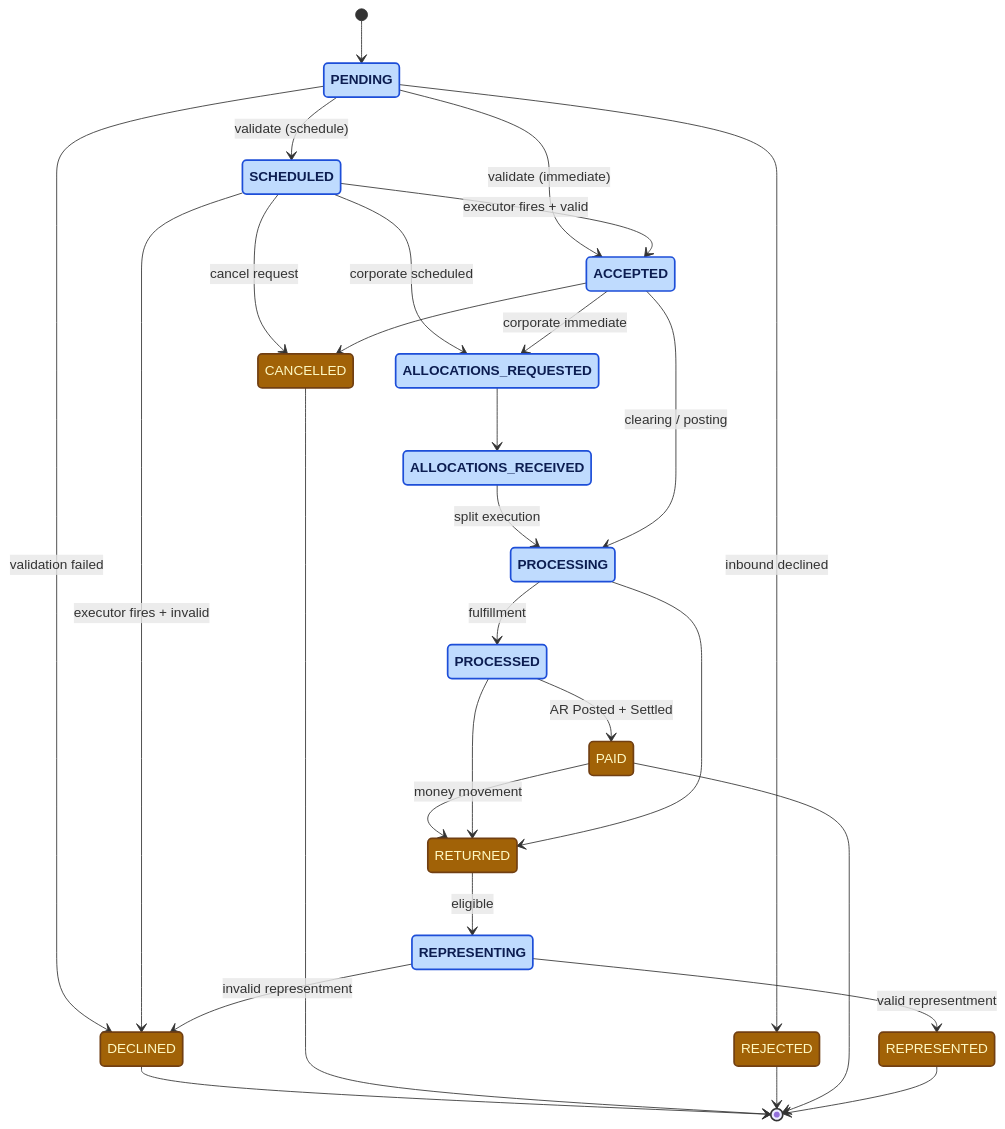
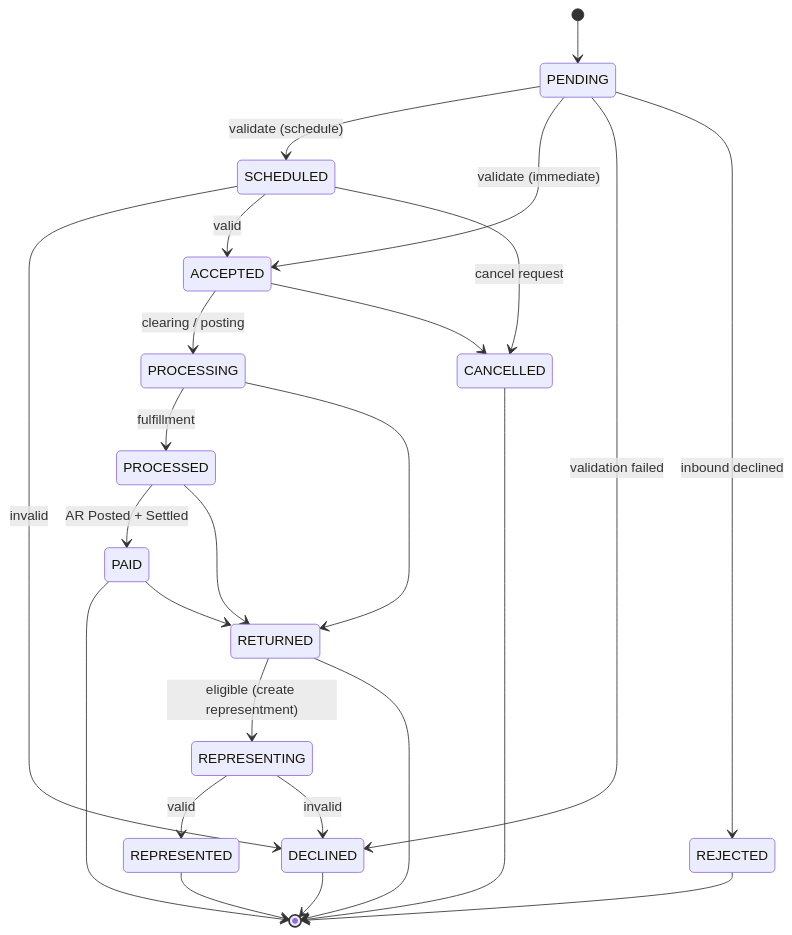
One commit to arunav-bhattacharya/billpay-docs changed the first of 2 diagrams in docs/design/payment-state-model.md. Above: the diagram before and after it, drawn with Mermaid. The commit also changed other lines of this file and 7 other files, not shown here.

````diff
--- a/docs/design/payment-state-model.md
+++ b/docs/design/payment-state-model.md
@@ -36,44 +41,33 @@
 ```mermaid
 stateDiagram-v2
-  classDef nonterminal fill:#bfdbfe,stroke:#1d4ed8,stroke-width:2px,color:#0c1d51,font-weight:600
-  classDef terminal fill:#a16207,stroke:#713f12,stroke-width:2px,color:#fef9c3
+  direction TB
 
   [*] --> PENDING
-
   PENDING --> SCHEDULED: validate (schedule)
   PENDING --> ACCEPTED: validate (immediate)
-  PENDING --> DECLINED: validation failed
-  PENDING --> REJECTED: inbound declined
-
-  SCHEDULED --> ACCEPTED: executor fires + valid
-  SCHEDULED --> DECLINED: executor fires + invalid
-  SCHEDULED --> CANCELLED: cancel request
-  SCHEDULED --> ALLOCATIONS_REQUESTED: corporate scheduled
-
-  ACCEPTED --> ALLOCATIONS_REQUESTED: corporate immediate
-
-  ALLOCATIONS_REQUESTED --> ALLOCATIONS_RECEIVED
-  ALLOCATIONS_RECEIVED --> PROCESSING: split execution
-
+  SCHEDULED --> DECLINED: invalid
+  SCHEDULED --> ACCEPTED: valid
   ACCEPTED --> PROCESSING: clearing / posting
-  ACCEPTED --> CANCELLED
   PROCESSING --> PROCESSED: fulfillment
   PROCESSED --> PAID: AR Posted + Settled
 
-  PAID --> RETURNED: money movement
+  PROCESSING --> RETURNED
   PROCESSED --> RETURNED
-  PROCESSING --> RETURNED
+  PAID --> [*]
+  PAID --> RETURNED
+  RETURNED --> REPRESENTING: eligible (create representment)
+  REPRESENTING --> REPRESENTED: valid
+  PENDING --> DECLINED: validation failed
+  PENDING --> REJECTED: inbound declined
+  
+  SCHEDULED --> CANCELLED: cancel request
+  ACCEPTED --> CANCELLED
+  REPRESENTING --> DECLINED: invalid
 
-  RETURNED --> REPRESENTING: eligible
-  REPRESENTING --> REPRESENTED: valid representment
-  REPRESENTING --> DECLINED: invalid representment
-
+  
+  RETURNED --> [*]
+  REPRESENTED --> [*]
   DECLINED --> [*]
   CANCELLED --> [*]
   REJECTED --> [*]
-  PAID --> [*]
-  REPRESENTED --> [*]
-
-  class PENDING,SCHEDULED,ALLOCATIONS_REQUESTED,ALLOCATIONS_RECEIVED,ACCEPTED,PROCESSING,PROCESSED,REPRESENTING nonterminal
-  class PAID,RETURNED,REPRESENTED,DECLINED,CANCELLED,REJECTED terminal
 ```
````
